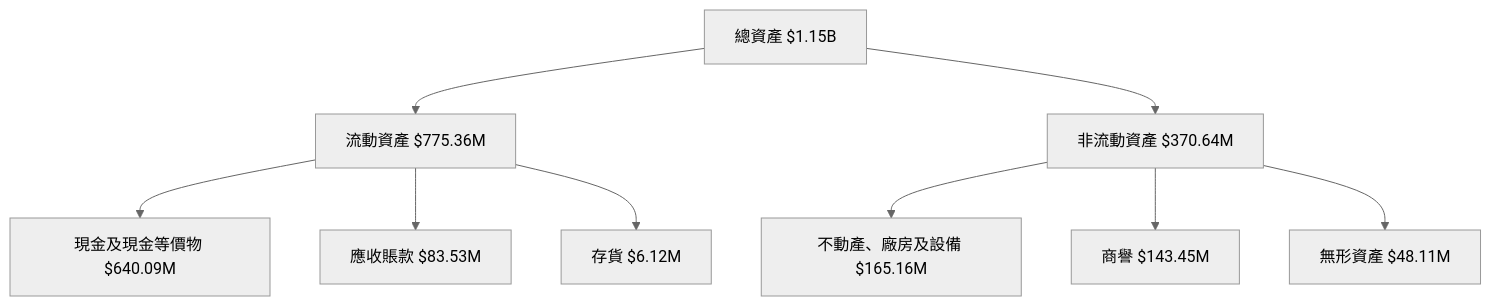
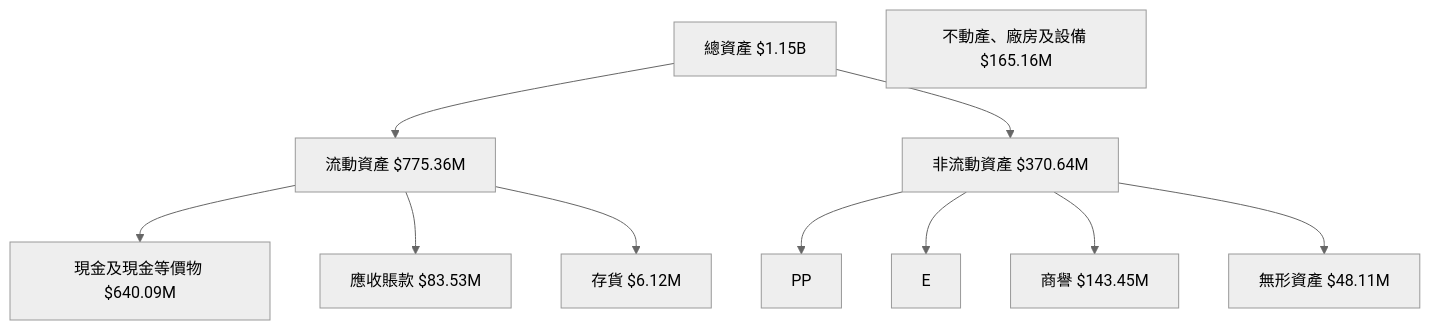
Before and after one commit to yennanliu/finance_data: the sixth of 14 diagrams in ai_gen_report/stock/pl/fundamental_analysis_2026-04-05_openai.md, drawn with Mermaid (neutral theme). The commit also changed other lines of this file and 2258 other files, not shown here.

First line of the commit message:
chore: backfill Mermaid syntax repair across existing reports

````diff
--- a/ai_gen_report/stock/pl/fundamental_analysis_2026-04-05_openai.md
+++ b/ai_gen_report/stock/pl/fundamental_analysis_2026-04-05_openai.md
@@ -261,26 +261,26 @@
 ```mermaid
 graph TD
     TotalAssets["總資產 $1.15B"]
 
     CurrentAssets["流動資產 $775.36M"]
     NonCurrentAssets["非流動資產 $370.64M"]
 
     CashEquiv["現金及現金等價物 $640.09M"]
     Receivable["應收賬款 $83.53M"]
     Inventory["存貨 $6.12M"]
 
     PP&E["不動產、廠房及設備 $165.16M"]
     Goodwill["商譽 $143.45M"]
     Intangibles["無形資產 $48.11M"]
 
     TotalAssets --> CurrentAssets
     TotalAssets --> NonCurrentAssets
 
     CurrentAssets --> CashEquiv
     CurrentAssets --> Receivable
     CurrentAssets --> Inventory
 
-    NonCurrentAssets --> PP&E
+    NonCurrentAssets --> PP  &  E
     NonCurrentAssets --> Goodwill
     NonCurrentAssets --> Intangibles
 ```
````
